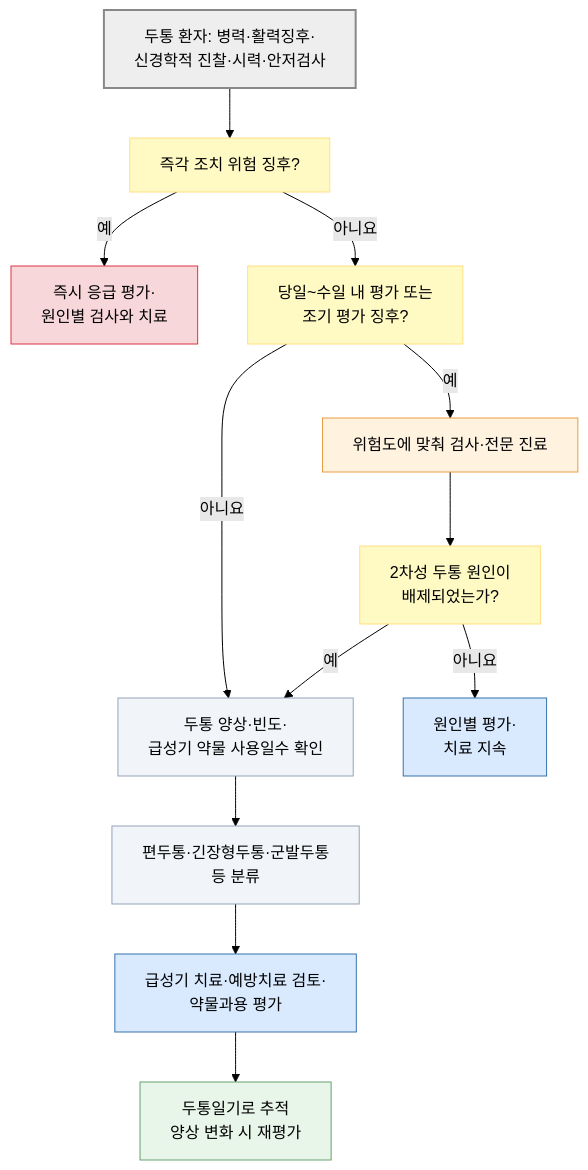
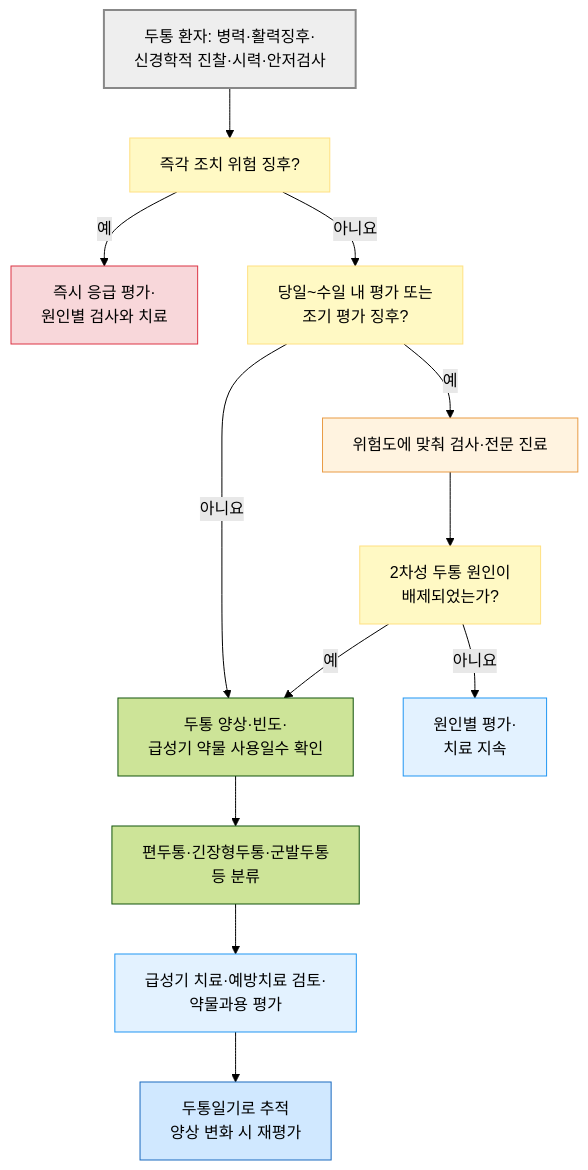
One commit to familyoh77/familyoh77 changed the diagram in 221_/015_-headache.md. Above: the diagram before and after it, drawn with Mermaid (forest theme). The commit also changed 4 other files, not shown here.

````diff
--- a/221_/015_-headache.md
+++ b/221_/015_-headache.md
@@ -229,29 +229,28 @@
 ```mermaid
 flowchart TD
     A["두통 환자: 병력·활력징후·<br/>신경학적 진찰·시력·안저검사"] --> B["즉각 조치 위험 징후?"]
     B -- "예" --> C["즉시 응급 평가·<br/>원인별 검사와 치료"]
     B -- "아니요" --> D["당일~수일 내 평가 또는 <br/>조기 평가 징후?"]
     D -- "예" --> E["위험도에 맞춰 검사·전문 진료"]
     D -- "아니요" --> F["두통 양상·빈도·<br/>급성기 약물 사용일수 확인"]
     E --> G["2차성 두통 원인이 <br/>배제되었는가?"]
     G -- "아니요" --> H["원인별 평가·<br/>치료 지속"]
     G -- "예" --> F
     F --> I["편두통·긴장형두통·군발두통 <br/>등 분류"]
     I --> J["급성기 치료·예방치료 검토·<br/>약물과용 평가"]
     J --> K["두통일기로 추적<br/>양상 변화 시 재평가"]
 
 classDef start fill:#eeeeee,stroke:#888888,stroke-width:2px;
 classDef decision fill:#fff9c4,stroke:#ffe082;
 classDef emergency fill:#f8d7da,stroke:#dc3545;
 classDef priority fill:#fff3e0,stroke:#e99b45;
-classDef assessment fill:#f1f5f9,stroke:#94a3b8;
-classDef care fill:#d9eaff,stroke:#3973ac;
-classDef followup fill:#e8f5e9,stroke:#66a36f;
+classDef diagnosis fill:#fde8f0,stroke:#e91e8c;
+classDef care fill:#e3f2ff,stroke:#2196f3;
+classDef followup fill:#d0e8ff,stroke:#1a6abf;
 class A start;
 class B,D,G decision;
 class C emergency;
 class E priority;
-class F,I assessment;
 class H,J care;
 class K followup;
 ```
````
